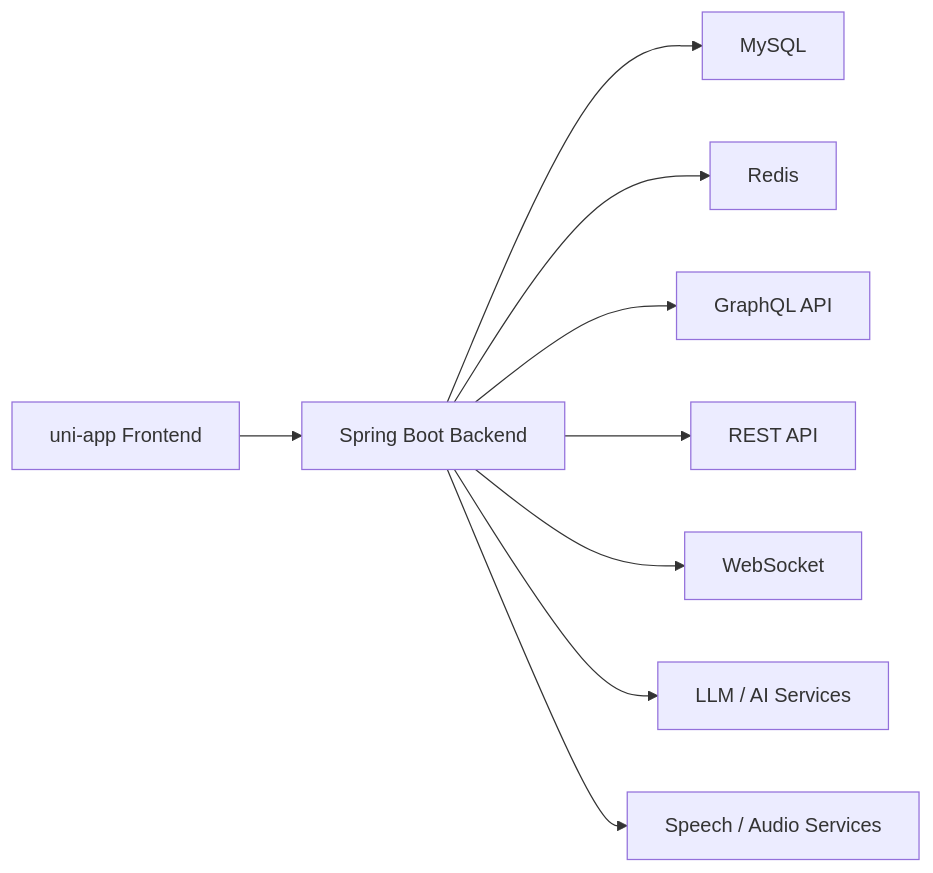
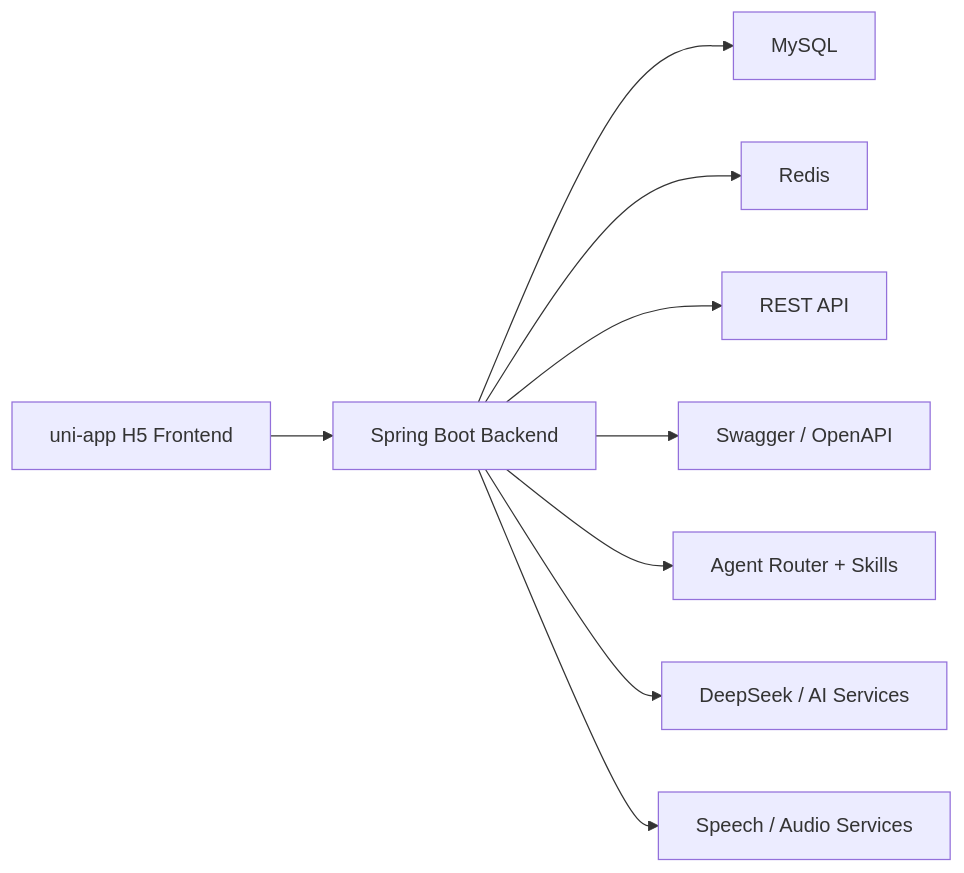
The diagram in README.md (MenXiaoHuan/interview_agent), drawn with Mermaid before and after one commit. The commit also changed other lines of this file, not shown here.

````diff
--- a/README.md
+++ b/README.md
@@ -25,11 +53,11 @@
 ```mermaid
 flowchart LR
-    A[uni-app Frontend] --> B[Spring Boot Backend]
+    A[uni-app H5 Frontend] --> B[Spring Boot Backend]
     B --> C[MySQL]
     B --> D[Redis]
-    B --> E[GraphQL API]
-    B --> F[REST API]
-    B --> G[WebSocket]
-    B --> H[LLM / AI Services]
+    B --> E[REST API]
+    B --> F[Swagger / OpenAPI]
+    B --> G[Agent Router + Skills]
+    B --> H[DeepSeek / AI Services]
     B --> I[Speech / Audio Services]
 ```
````
